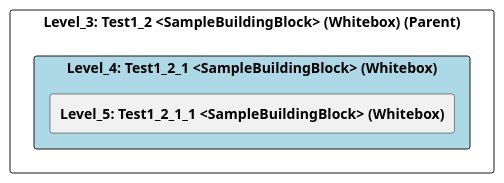
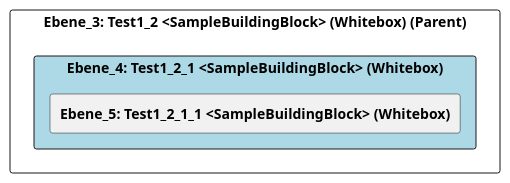
Before and after one commit to marcozwyssig/cleon: the diagram in src/cleon.architecturemethods.arc42.sample/doc/cleon_architecturemethods_arc42_sample_arc42/adoc/de/05_bausteinsicht/chess/test1/test1_2/test1_2_1/ebene_4_test1_2_1.adoc, drawn with PlantUML. The commit also changed other lines of this file and 150 other files, not shown here.

```diff
--- a/src/cleon.architecturemethods.arc42.sample/doc/cleon_architecturemethods_arc42_sample_arc42/adoc/de/05_bausteinsicht/chess/test1/test1_2/test1_2_1/ebene_4_test1_2_1.adoc
+++ b/src/cleon.architecturemethods.arc42.sample/doc/cleon_architecturemethods_arc42_sample_arc42/adoc/de/05_bausteinsicht/chess/test1/test1_2/test1_2_1/ebene_4_test1_2_1.adoc
@@ -20,26 +20,24 @@
-[plantuml, Level_4: Test1_2_1 <SampleBuildingBlock> (Whitebox)BlockOverview, format="svg"]
+[plantuml, Ebene_4: Test1_2_1 <SampleBuildingBlock> (Whitebox)BlockOverview, format="svg"]
 ----
-@startuml Level_4: Test1_2_1 <SampleBuildingBlock> (Whitebox)BuildingBlockOverview
+@startuml Ebene_4: Test1_2_1 <SampleBuildingBlock> (Whitebox)BuildingBlockOverview
 
 skinparam ranksep 10
 skinparam componentStyle rectangle
 skinparam shadowing false
 skinparam arrowColor lightblue
 skinparam arrowThickness 1.2
 skinparam rectangle {
   BackgroundColor White
   BorderColor #333
   RoundCorner 10
 }
 top to bottom direction
 
-component "Level_3: Test1_2 <SampleBuildingBlock> (Whitebox) (Parent)" {
-    component "Level_4: Test1_2_1 <SampleBuildingBlock> (Whitebox)" #lightblue {
-        [**Level_5: Test1_2_1_1 <SampleBuildingBlock> (Whitebox)**] as 7F52B647_D579_11EE_903E_9F564E4DE07E
+component "Ebene_3: Test1_2 <SampleBuildingBlock> (Whitebox) (Parent)" {
+    component "Ebene_4: Test1_2_1 <SampleBuildingBlock> (Whitebox)" #lightblue {
+        [**Ebene_5: Test1_2_1_1 <SampleBuildingBlock> (Whitebox)**] as 7F52B647_D579_11EE_903E_9F564E4DE07E
     }
-
-    
 }
 
 @enduml
 ----
```
